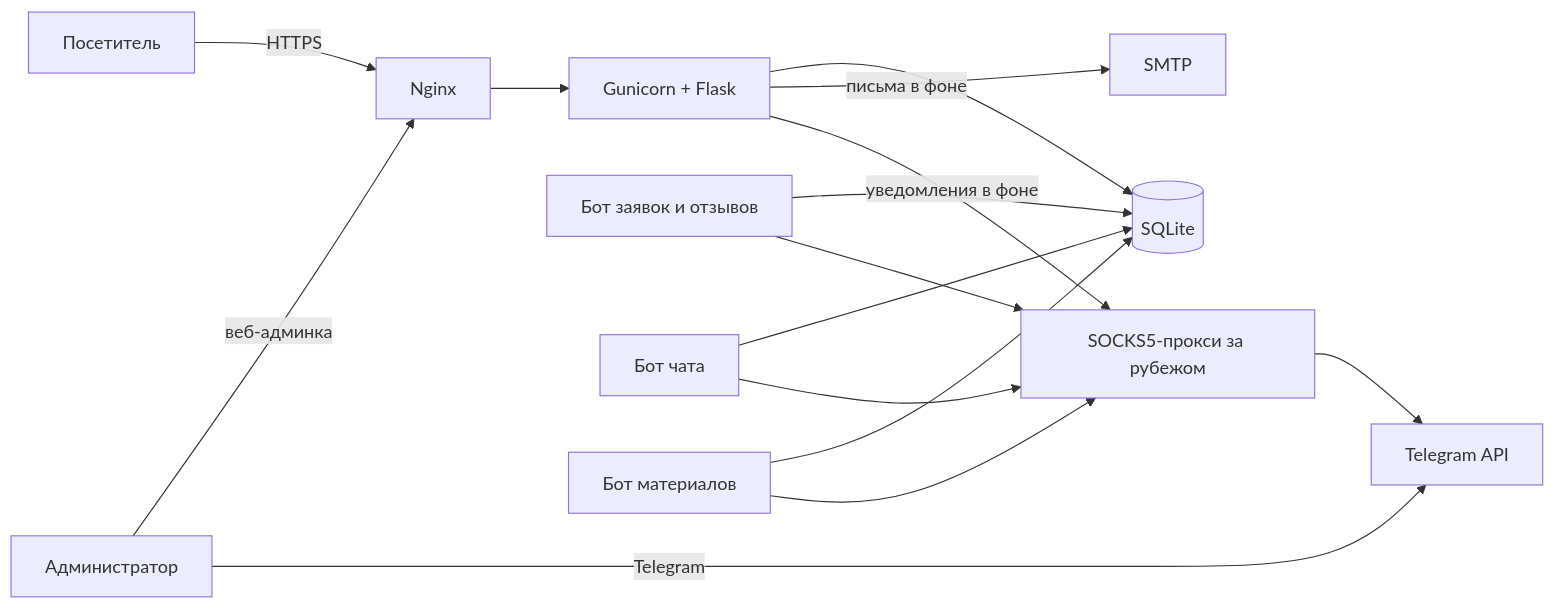
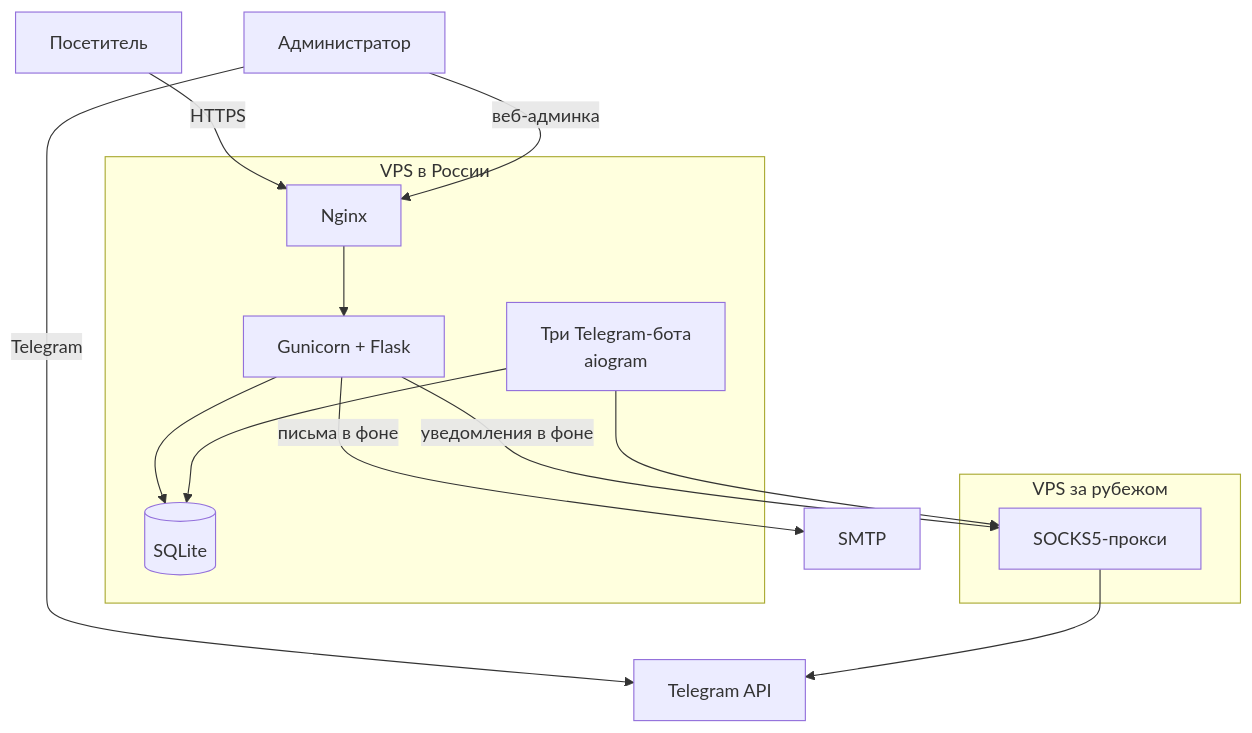
One commit to burr1t0/angliyskaya-law-website changed the diagram in README.md. Above: the diagram before and after it, drawn with Mermaid. The commit also changed 1 other file, not shown here.

Commit message:
Упростить схему архитектуры

````diff
--- a/README.md
+++ b/README.md
@@ -46,17 +46,18 @@
 ```mermaid
-flowchart LR
-    V[Посетитель] -->|HTTPS| N[Nginx]
+flowchart TB
+    V[Посетитель] -->|HTTPS| N
     A[Администратор] -->|веб-админка| N
-    N --> G[Gunicorn + Flask]
-    G --> DB[(SQLite)]
-    B1[Бот заявок и отзывов] --> DB
-    B2[Бот чата] --> DB
-    B3[Бот материалов] --> DB
+    A -->|Telegram| TG[Telegram API]
+    subgraph RU[VPS в России]
+        N[Nginx] --> G[Gunicorn + Flask]
+        G --> DB[(SQLite)]
+        BOTS[Три Telegram-бота<br/>aiogram] --> DB
+    end
     G -->|письма в фоне| M[SMTP]
-    G -->|уведомления в фоне| P[SOCKS5-прокси за рубежом]
-    B1 --> P
-    B2 --> P
-    B3 --> P
-    P --> TG[Telegram API]
-    A -->|Telegram| TG
+    G -->|уведомления в фоне| P
+    BOTS --> P
+    subgraph ABROAD[VPS за рубежом]
+        P[SOCKS5-прокси]
+    end
+    P --> TG
 ```
````
